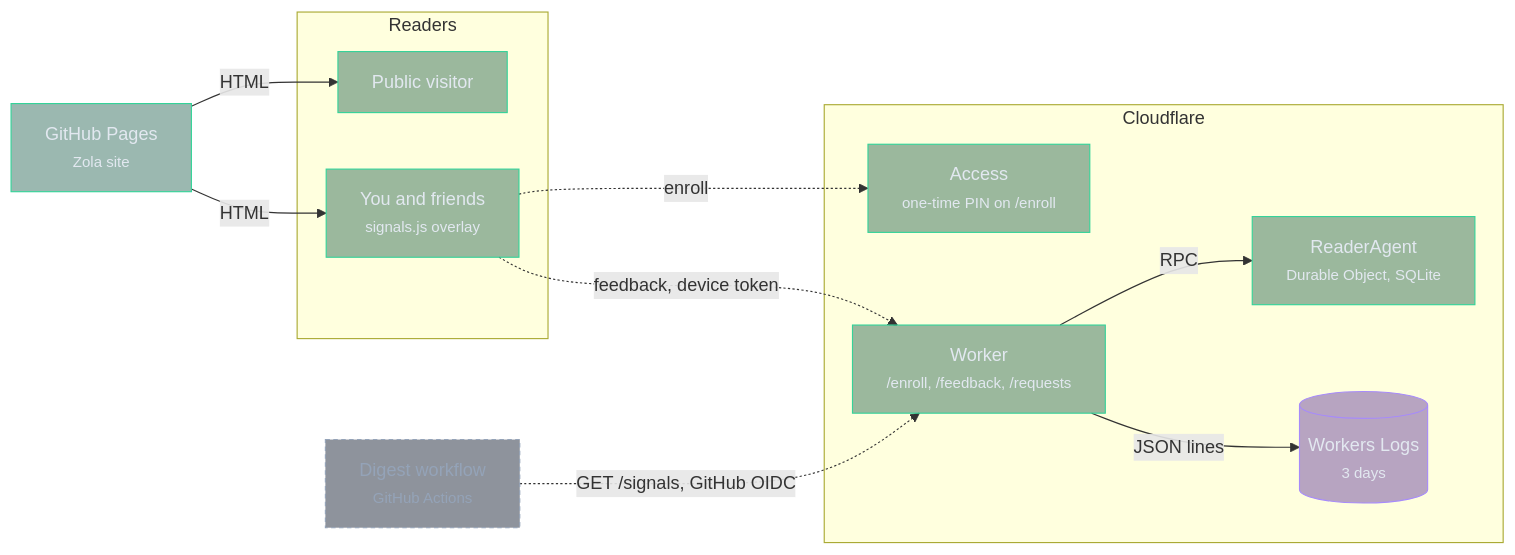
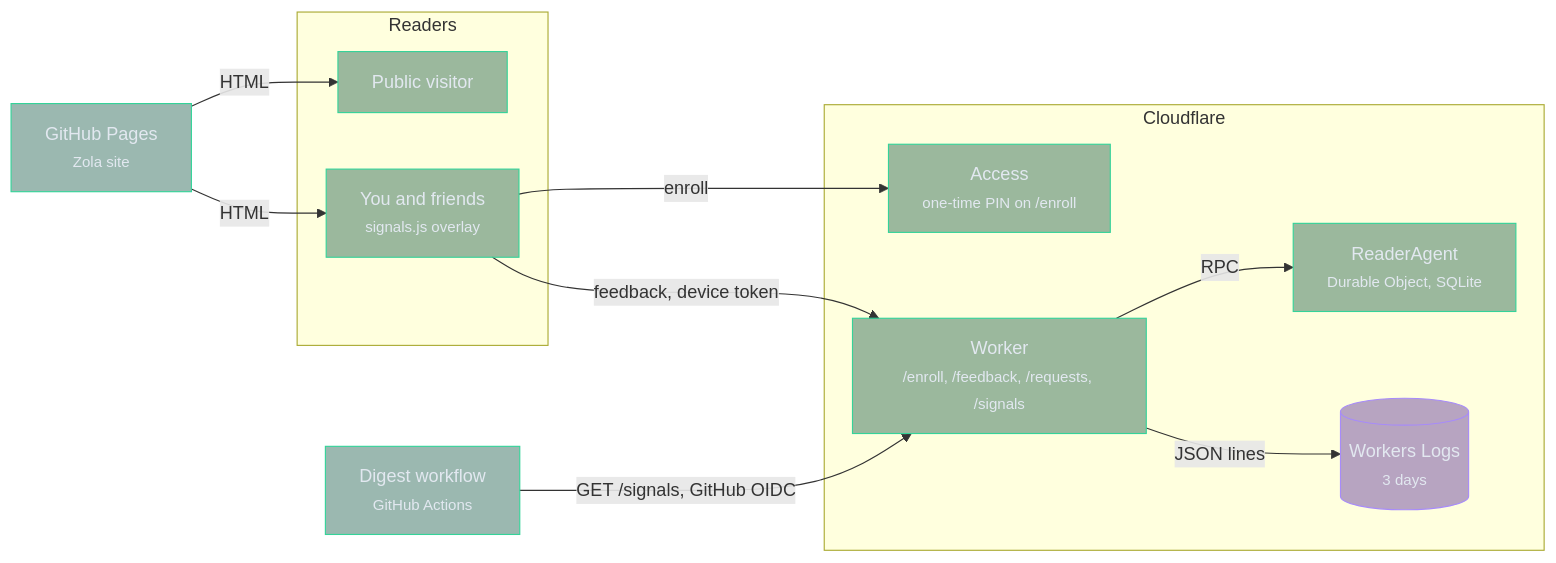
The diagram in signals/README.md (xkef/swe-digest), drawn with Mermaid before and after one commit. The commit also changed other lines of this file and 7 other files, not shown here.

First line of the commit message:
feat(signals): serve requests and feedback to the digest runs

````diff
--- a/signals/README.md
+++ b/signals/README.md
@@ -12,33 +10,31 @@
 ```mermaid
 flowchart LR
   subgraph clients [Readers]
     visitor["Public visitor"]
     owner["You and friends<br/><small>signals.js overlay</small>"]
   end
 
   pages["GitHub Pages<br/><small>Zola site</small>"]
 
   subgraph cf [Cloudflare]
     access["Access<br/><small>one-time PIN on /enroll</small>"]
-    worker["Worker<br/><small>/enroll, /feedback, /requests</small>"]
+    worker["Worker<br/><small>/enroll, /feedback, /requests, /signals</small>"]
     agent["ReaderAgent<br/><small>Durable Object, SQLite</small>"]
     logs[("Workers Logs<br/><small>3 days</small>")]
   end
 
   runs["Digest workflow<br/><small>GitHub Actions</small>"]
 
   pages -- "HTML" --> visitor
   pages -- "HTML" --> owner
-  owner -. "enroll" .-> access
-  owner -. "feedback, device token" .-> worker
+  owner -- "enroll" --> access
+  owner -- "feedback, device token" --> worker
   worker -- "RPC" --> agent
   worker -- "JSON lines" --> logs
-  runs -. "GET /signals, GitHub OIDC" .-> worker
+  runs -- "GET /signals, GitHub OIDC" --> worker
 
   classDef live fill:#064e3b66,stroke:#34d399,color:#e2e8f0
-  classDef planned fill:#1e293b80,stroke:#94a3b8,stroke-dasharray:4 3,color:#94a3b8
   classDef store fill:#4c1d9566,stroke:#a78bfa,color:#e2e8f0
-  class visitor,pages,owner,access,worker,agent live
-  class runs planned
+  class visitor,pages,owner,access,worker,agent,runs live
   class logs store
 ```
````
